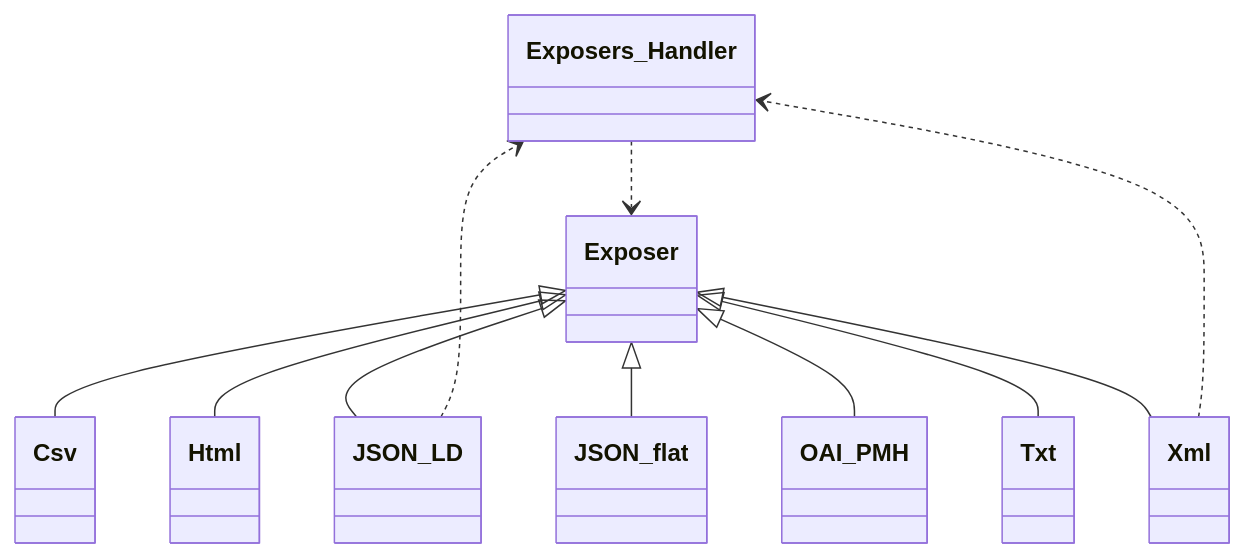
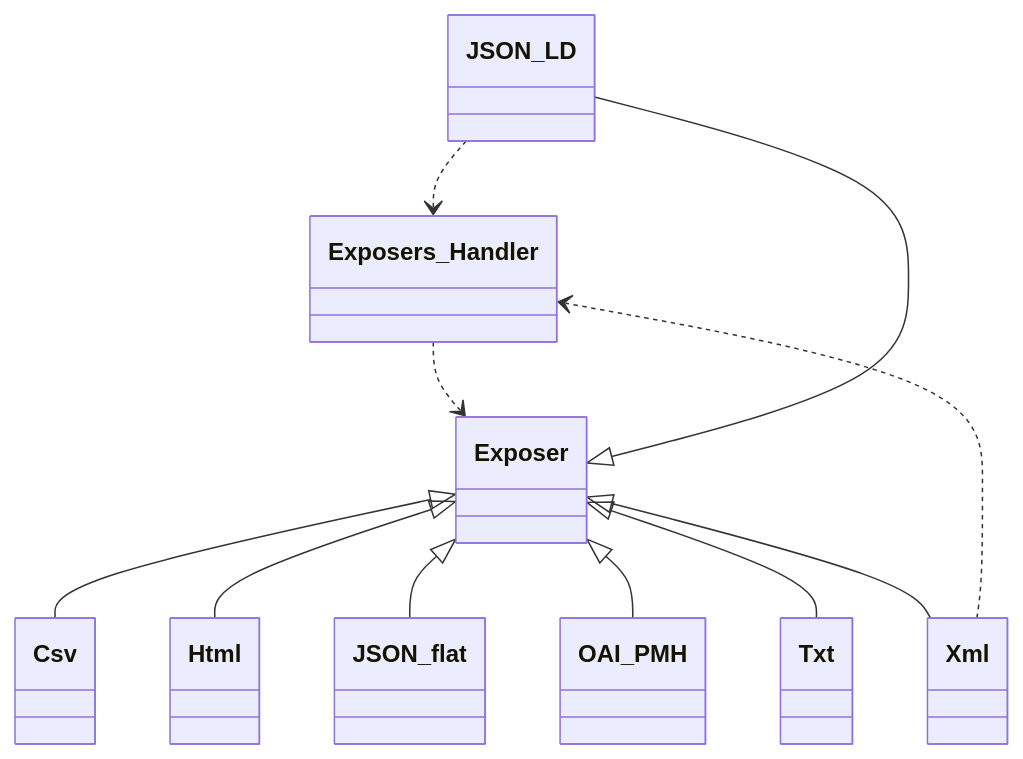
Before and after one commit to tainacan/tainacan: the sixth of 13 diagrams in docs/phpdoc/Home.md, drawn with Mermaid. The commit also changed other lines of this file and 74 other files, not shown here.

````diff
--- a/docs/phpdoc/Home.md
+++ b/docs/phpdoc/Home.md
@@ -460,23 +460,23 @@
 ```mermaid
 classDiagram
     direction TB
+    class JSON_LD { }
+    class Exposer { }
+    class JSON_flat { }
+    class Csv { }
+    class OAI_PMH { }
+    class Txt { }
+    class Xml { }
     class Exposers_Handler { }
-    class OAI_PMH { }
-    class Exposer { }
-    class JSON_LD { }
-    class Txt { }
     class Html { }
-    class Csv { }
-    class Xml { }
-    class JSON_flat { }
     Exposer <|-- Csv
     Exposer <|-- Html
     Exposer <|-- JSON_LD
     Exposer <|-- JSON_flat
     Exposer <|-- OAI_PMH
     Exposer <|-- Txt
     Exposer <|-- Xml
     Exposers_Handler ..> Exposer
     JSON_LD ..> Exposers_Handler
     Xml ..> Exposers_Handler
 ```
````
